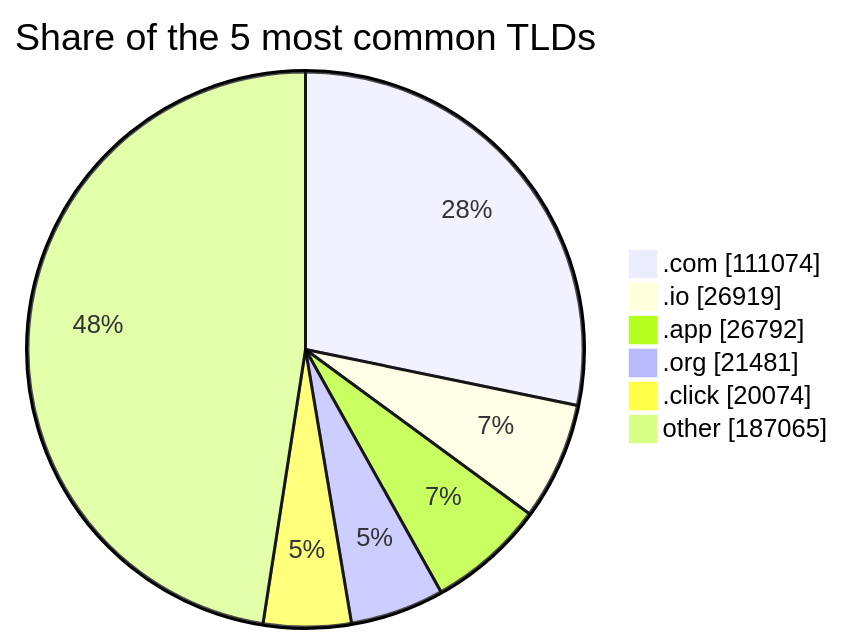
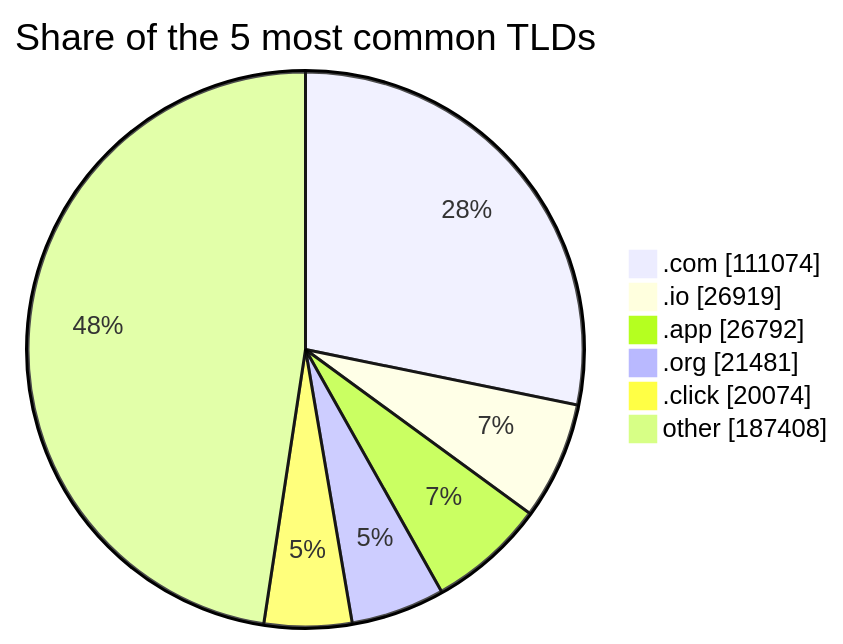
Before and after one commit to DNSBunker/CTI: the third of 3 diagrams in README.md, drawn with Mermaid. The commit also changed other lines of this file and 3 other files, not shown here.

````diff
--- a/README.md
+++ b/README.md
@@ -81,9 +81,9 @@
 ```mermaid
 pie showData title Share of the 5 most common TLDs
     ".com" : 111074
     ".io" : 26919
     ".app" : 26792
     ".org" : 21481
     ".click" : 20074
-    "other" : 187065
+    "other" : 187408
 ```
````
